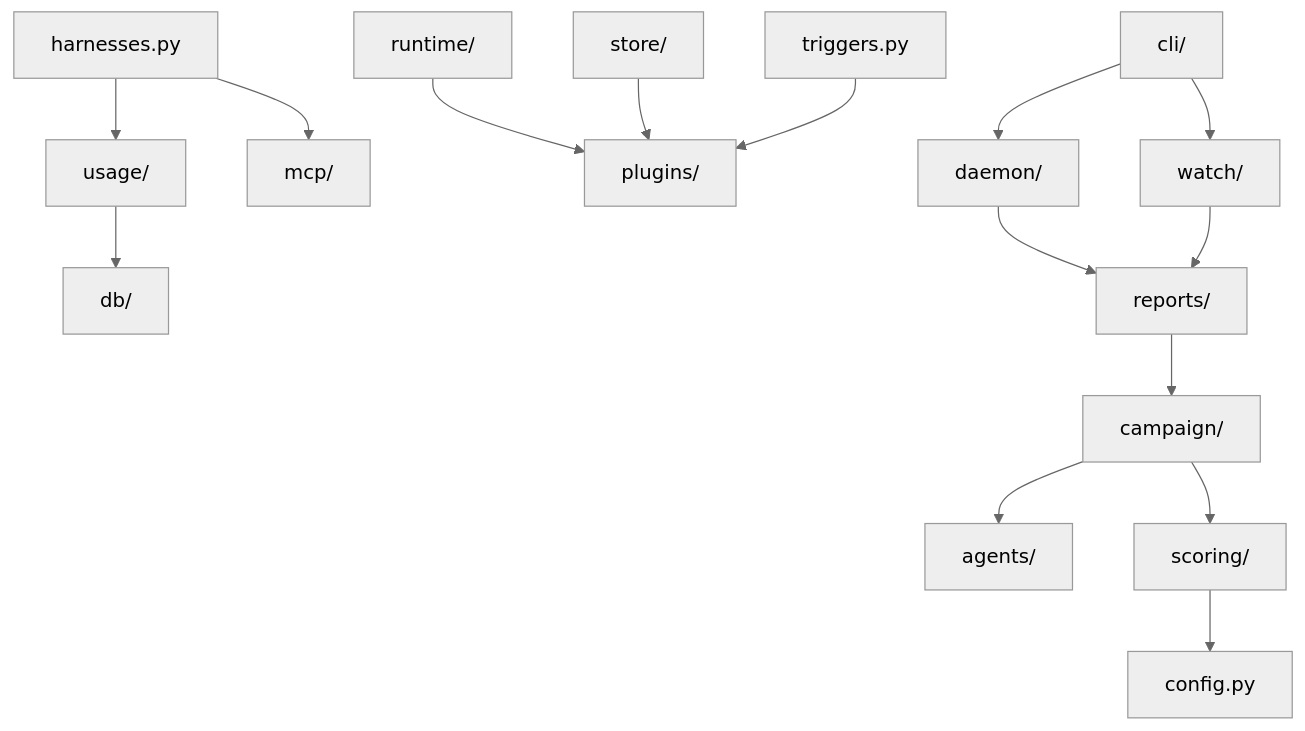
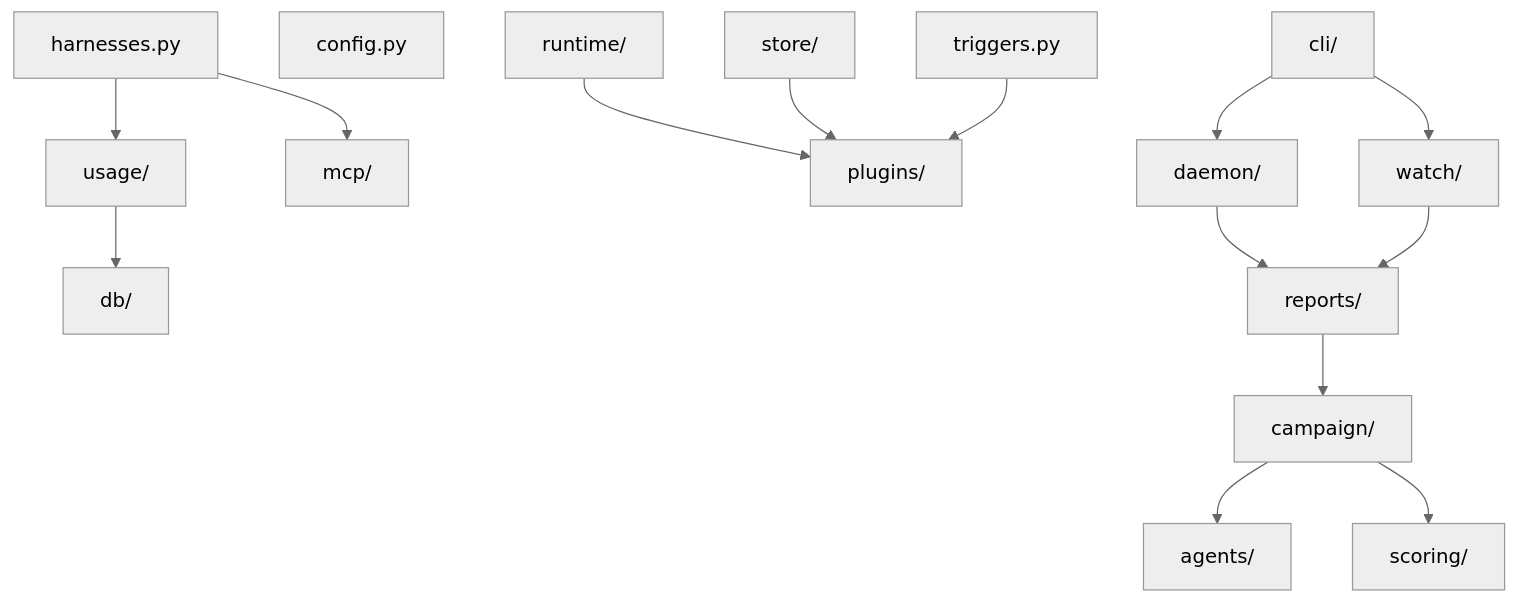
One commit to VatsaDev/piloop changed the diagram in docs/snippets/generated/imports.mdx. Above: the diagram before and after it, drawn with Mermaid (neutral theme). The commit also changed other lines of this file and 32 other files, not shown here.

````diff
--- a/docs/snippets/generated/imports.mdx
+++ b/docs/snippets/generated/imports.mdx
@@ -3,33 +3,32 @@
 ```mermaid
 flowchart TB
     agents["agents/"]
     campaign["campaign/"]
     cli["cli/"]
     config["config.py"]
     daemon["daemon/"]
     db["db/"]
     harnesses["harnesses.py"]
     mcp["mcp/"]
     plugins["plugins/"]
     reports["reports/"]
     runtime["runtime/"]
     scoring["scoring/"]
     store["store/"]
     triggers["triggers.py"]
     usage["usage/"]
     watch["watch/"]
     campaign --> agents
     campaign --> scoring
     cli --> daemon
     cli --> watch
     daemon --> reports
     harnesses --> mcp
     harnesses --> usage
     reports --> campaign
     runtime --> plugins
-    scoring --> config
     store --> plugins
     triggers --> plugins
     usage --> db
     watch --> reports
 ```
````
